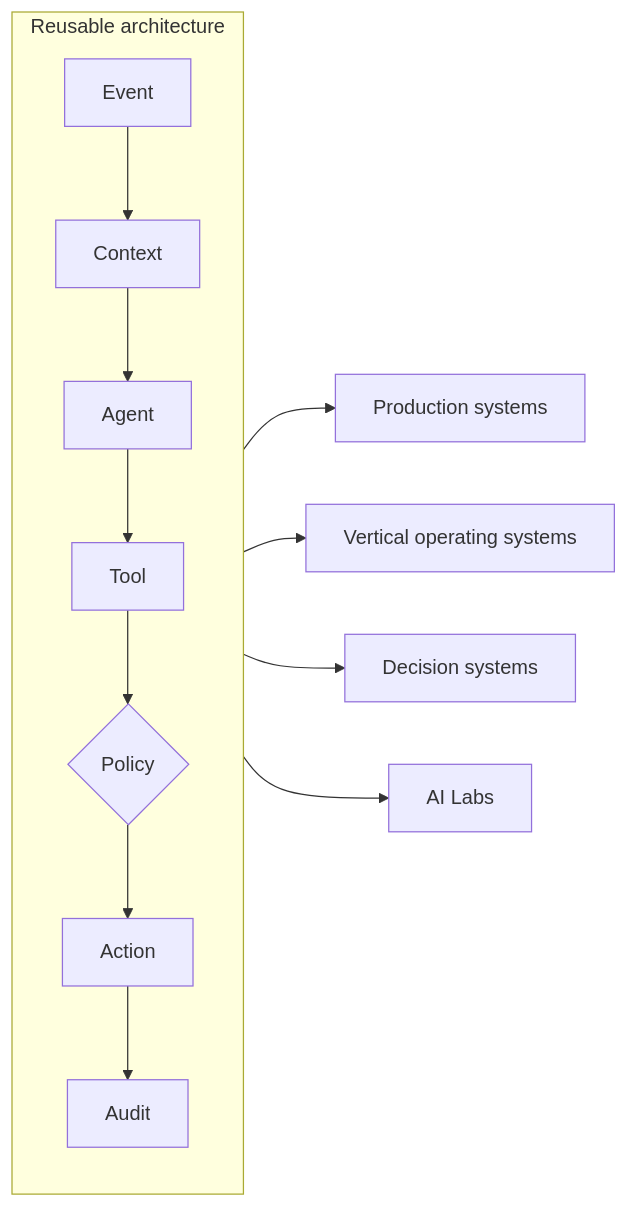
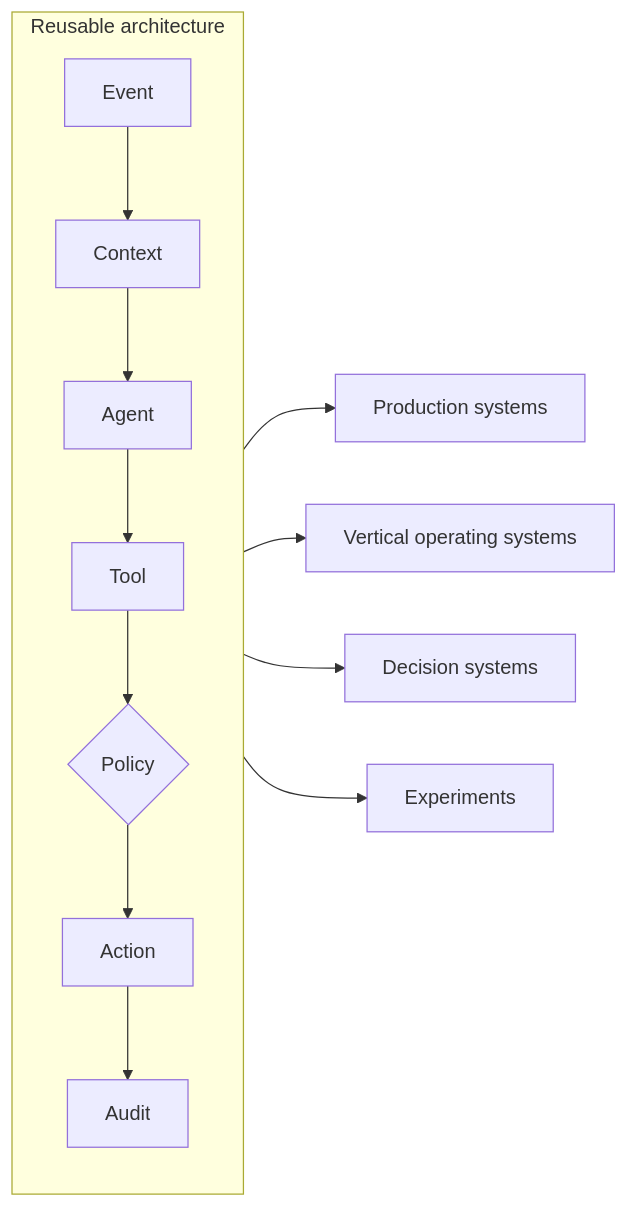
One commit to Praxia-atelier/praxia-showcase changed the diagram in README.md. Above: the diagram before and after it, drawn with Mermaid. The commit also changed other lines of this file and 1 other file, not shown here.

Commit message:
Rename Labs section to Experiments; set copyright holder

````diff
--- a/README.md
+++ b/README.md
@@ -9,10 +9,10 @@
 ```mermaid
 flowchart LR
   subgraph Core[Reusable architecture]
     E[Event] --> C[Context] --> A[Agent] --> T[Tool] --> P{Policy} --> X[Action] --> AU[Audit]
   end
   Core --> PS[Production systems]
   Core --> V[Vertical operating systems]
   Core --> D[Decision systems]
-  Core --> L[AI Labs]
+  Core --> L[Experiments]
 ```
````
